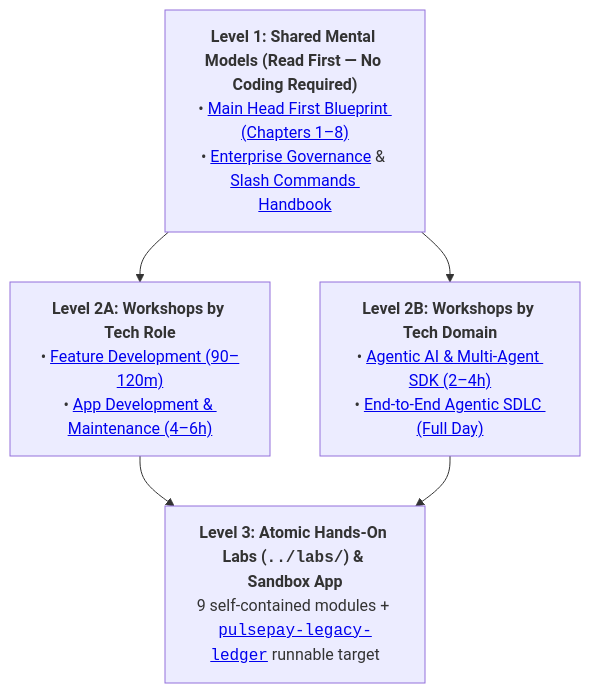
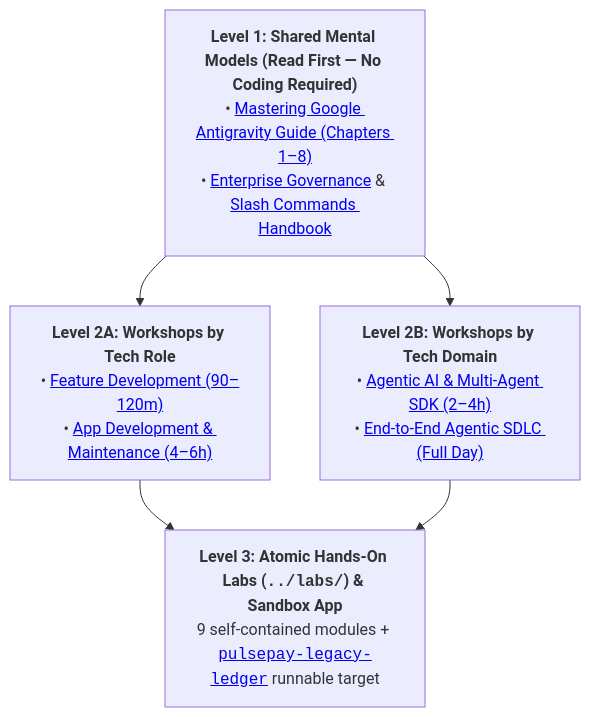
Before and after one commit to cmanikandan/antigravity-enterprise-blueprint: the diagram in workshops/README.md, drawn with Mermaid. The commit also changed other lines of this file and 26 other files, not shown here.

````diff
--- a/workshops/README.md
+++ b/workshops/README.md
@@ -27,9 +27,9 @@
 ```mermaid
 flowchart TB
-    L1["<b>Level 1: Shared Mental Models (Read First — No Coding Required)</b><br/>• <a href='../README.md'>Main Head First Blueprint (Chapters 1–8)</a><br/>• <a href='../docs/01_enterprise_governance_and_rollout.md'>Enterprise Governance</a> & <a href='../docs/02_slash_commands_subagents_and_constructs_handbook.md'>Slash Commands Handbook</a>"]
+    L1["<b>Level 1: Shared Mental Models (Read First — No Coding Required)</b><br/>• <a href='../README.md'>Mastering Google Antigravity Guide (Chapters 1–8)</a><br/>• <a href='../docs/01_enterprise_governance_and_rollout.md'>Enterprise Governance</a> & <a href='../docs/02_slash_commands_subagents_and_constructs_handbook.md'>Slash Commands Handbook</a>"]
     L2R["<b>Level 2A: Workshops by Tech Role</b><br/>• <a href='by-tech-role/development/feature-development/README.md'>Feature Development (90–120m)</a><br/>• <a href='by-tech-role/development/app-maintenance/README.md'>App Development & Maintenance (4–6h)</a>"]
     L2D["<b>Level 2B: Workshops by Tech Domain</b><br/>• <a href='by-tech-domain/ai-and-automation/agentic-ai/README.md'>Agentic AI & Multi-Agent SDK (2–4h)</a><br/>• <a href='by-tech-domain/ai-and-automation/agentic-sdlc/README.md'>End-to-End Agentic SDLC (Full Day)</a>"]
     L3["<b>Level 3: Atomic Hands-On Labs (<code>../labs/</code>) & Sandbox App</b><br/>9 self-contained modules + <a href='../labs/sandbox-apps/pulsepay-legacy-ledger/'><code>pulsepay-legacy-ledger</code></a> runnable target"]
 
     L1 --> L2R & L2D --> L3
 ```
````
